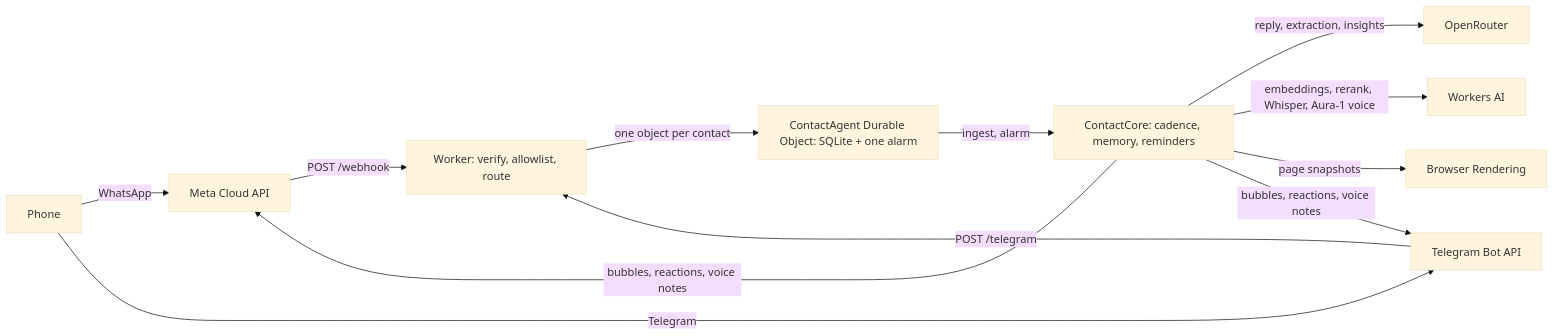
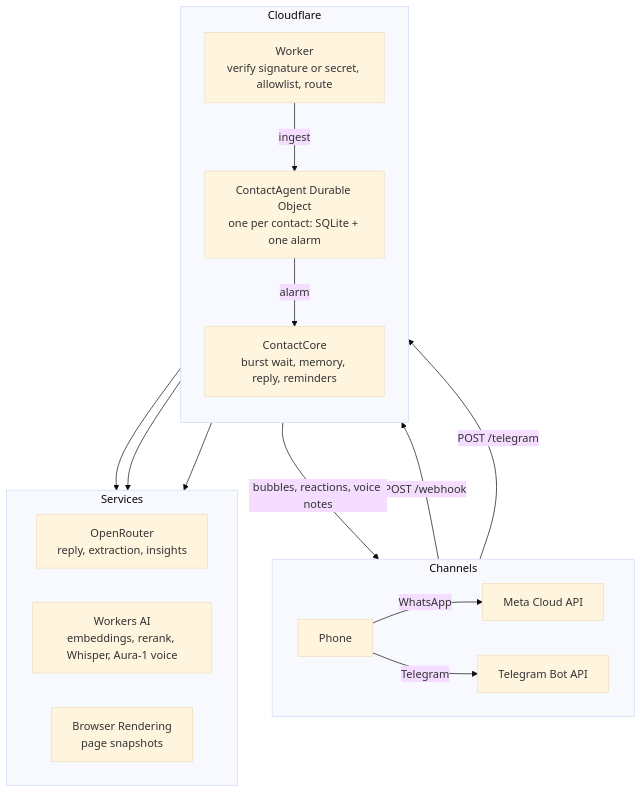
Before and after one commit to aldaonggar/wapp-agent: the diagram in README.md, drawn with Mermaid (base theme). The commit also changed other lines of this file and 1 other file, not shown here.

Commit message:
docs: architecture diagram in three groups, top to bottom; links point at main

````diff
--- a/README.md
+++ b/README.md
@@ -40,14 +40,27 @@
 ```mermaid
-flowchart LR
-  P[Phone] -->|WhatsApp| M[Meta Cloud API]
-  P -->|Telegram| T[Telegram Bot API]
-  M -->|POST /webhook| W[Worker: verify, allowlist, route]
+flowchart TB
+  subgraph Channels
+    direction LR
+    P[Phone] -->|WhatsApp| M[Meta Cloud API]
+    P -->|Telegram| T[Telegram Bot API]
+  end
+  subgraph Cloudflare
+    direction TB
+    W["Worker<br/>verify signature or secret, allowlist, route"]
+    D["ContactAgent Durable Object<br/>one per contact: SQLite + one alarm"]
+    C["ContactCore<br/>burst wait, memory, reply, reminders"]
+    W -->|ingest| D -->|alarm| C
+  end
+  subgraph Services
+    direction LR
+    O["OpenRouter<br/>reply, extraction, insights"]
+    A["Workers AI<br/>embeddings, rerank, Whisper, Aura-1 voice"]
+    B["Browser Rendering<br/>page snapshots"]
+  end
+  M -->|POST /webhook| W
   T -->|POST /telegram| W
-  W -->|one object per contact| D["ContactAgent Durable Object: SQLite + one alarm"]
-  D -->|ingest, alarm| C[ContactCore: cadence, memory, reminders]
-  C -->|reply, extraction, insights| O[OpenRouter]
-  C -->|embeddings, rerank, Whisper, Aura-1 voice| A[Workers AI]
-  C -->|page snapshots| B[Browser Rendering]
-  C -->|bubbles, reactions, voice notes| M
-  C -->|bubbles, reactions, voice notes| T
+  C --> O
+  C --> A
+  C --> B
+  C -->|bubbles, reactions, voice notes| Channels
 ```
````
